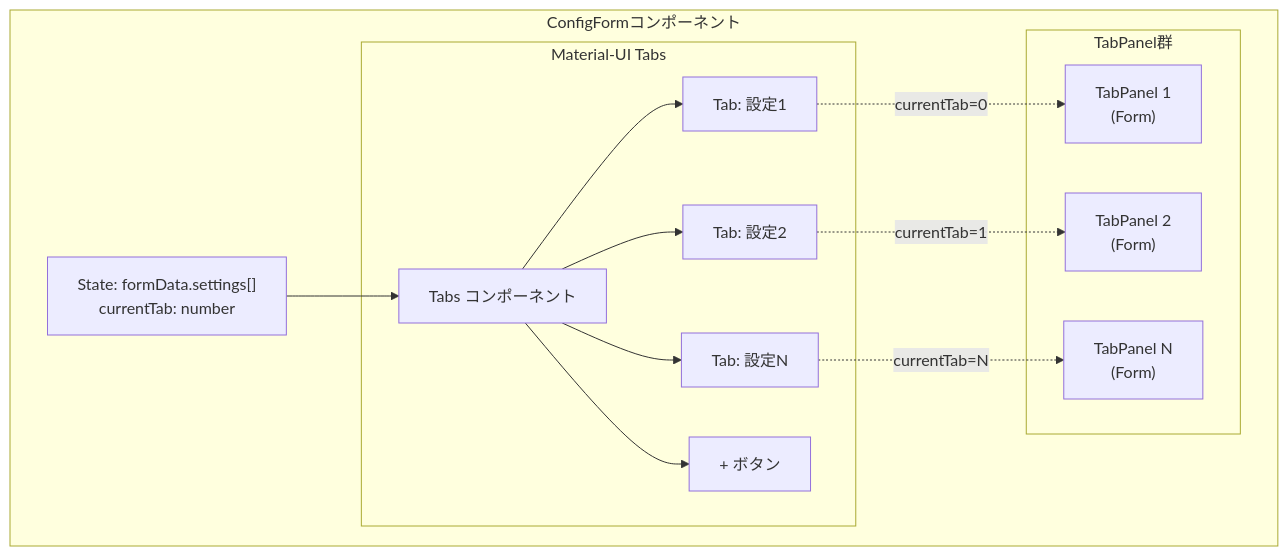
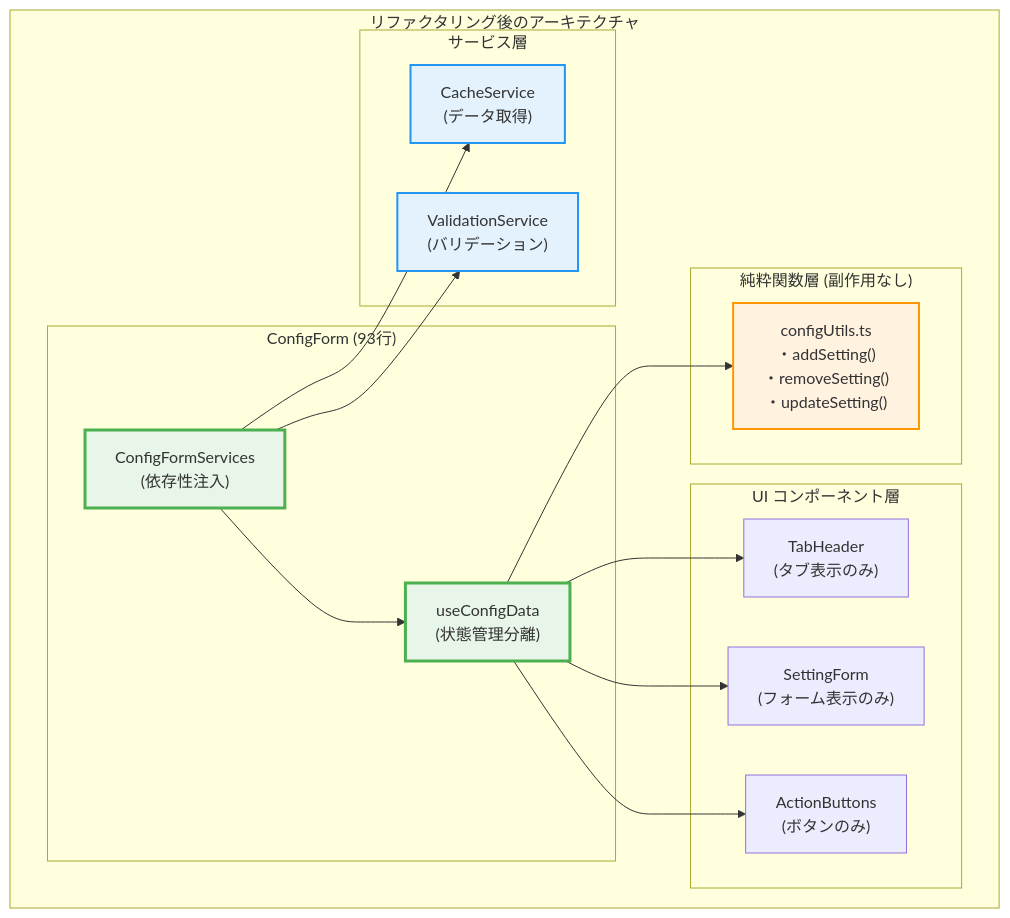
The first of 3 diagrams in docs/react-tabs-implementation.md (okayus/kintone-plugin-template), drawn with Mermaid before and after one commit. The commit also changed other lines of this file and 17 other files, not shown here.

First line of the commit message:
docs: update documentation to reflect refactored architecture

````diff
--- a/docs/react-tabs-implementation.md
+++ b/docs/react-tabs-implementation.md
@@ -8,33 +14,41 @@
 ```mermaid
 graph TB
-    subgraph "ConfigFormコンポーネント"
-        State["State: formData.settings[]<br/>currentTab: number"]
-        
-        subgraph "Material-UI Tabs"
-            TabsComponent["Tabs コンポーネント"]
-            Tab1["Tab: 設定1"]
-            Tab2["Tab: 設定2"]
-            TabN["Tab: 設定N"]
-            AddButton["+ ボタン"]
+    subgraph "リファクタリング後のアーキテクチャ"
+        subgraph "ConfigForm (93行)"
+            Services["ConfigFormServices<br/>(依存性注入)"]
+            CustomHook["useConfigData<br/>(状態管理分離)"]
         end
         
-        subgraph "TabPanel群"
-            Panel1["TabPanel 1<br/>(Form)"]
-            Panel2["TabPanel 2<br/>(Form)"]
-            PanelN["TabPanel N<br/>(Form)"]
+        subgraph "純粋関数層 (副作用なし)"
+            PureFunctions["configUtils.ts<br/>・addSetting()<br/>・removeSetting()<br/>・updateSetting()"]
+        end
+        
+        subgraph "UI コンポーネント層"
+            TabHeader["TabHeader<br/>(タブ表示のみ)"]
+            SettingForm["SettingForm<br/>(フォーム表示のみ)"]
+            ActionButtons["ActionButtons<br/>(ボタンのみ)"]
+        end
+        
+        subgraph "サービス層"
+            CacheService["CacheService<br/>(データ取得)"]
+            ValidationService["ValidationService<br/>(バリデーション)"]
         end
     end
     
-    State --> TabsComponent
-    TabsComponent --> Tab1
-    TabsComponent --> Tab2
-    TabsComponent --> TabN
-    TabsComponent --> AddButton
+    Services --> CustomHook
+    CustomHook --> PureFunctions
+    CustomHook --> TabHeader
+    CustomHook --> SettingForm
+    CustomHook --> ActionButtons
     
-    Tab1 -.->|currentTab=0| Panel1
-    Tab2 -.->|currentTab=1| Panel2
-    TabN -.->|currentTab=N| PanelN
+    Services --> CacheService
+    Services --> ValidationService
     
-    classDef active fill:#e3f2fd,stroke:#1976d2,stroke-width:2px
-    classDef inactive fill:#f5f5f5,stroke:#999,stroke-width:1px
+    classDef refactored fill:#e8f5e9,stroke:#4caf50,stroke-width:3px
+    classDef pure fill:#fff3e0,stroke:#ff9800,stroke-width:2px
+    classDef service fill:#e3f2fd,stroke:#2196f3,stroke-width:2px
+    
+    class Services,CustomHook refactored
+    class PureFunctions pure
+    class CacheService,ValidationService service
 ```
````
